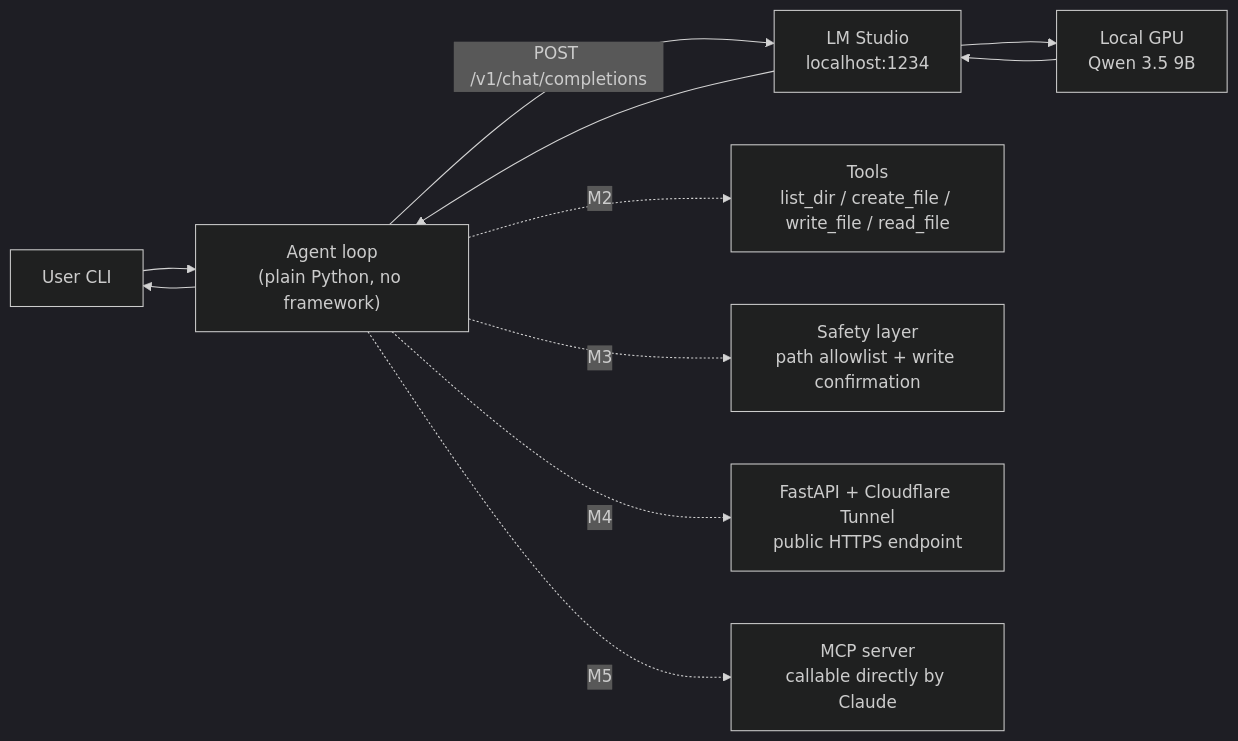
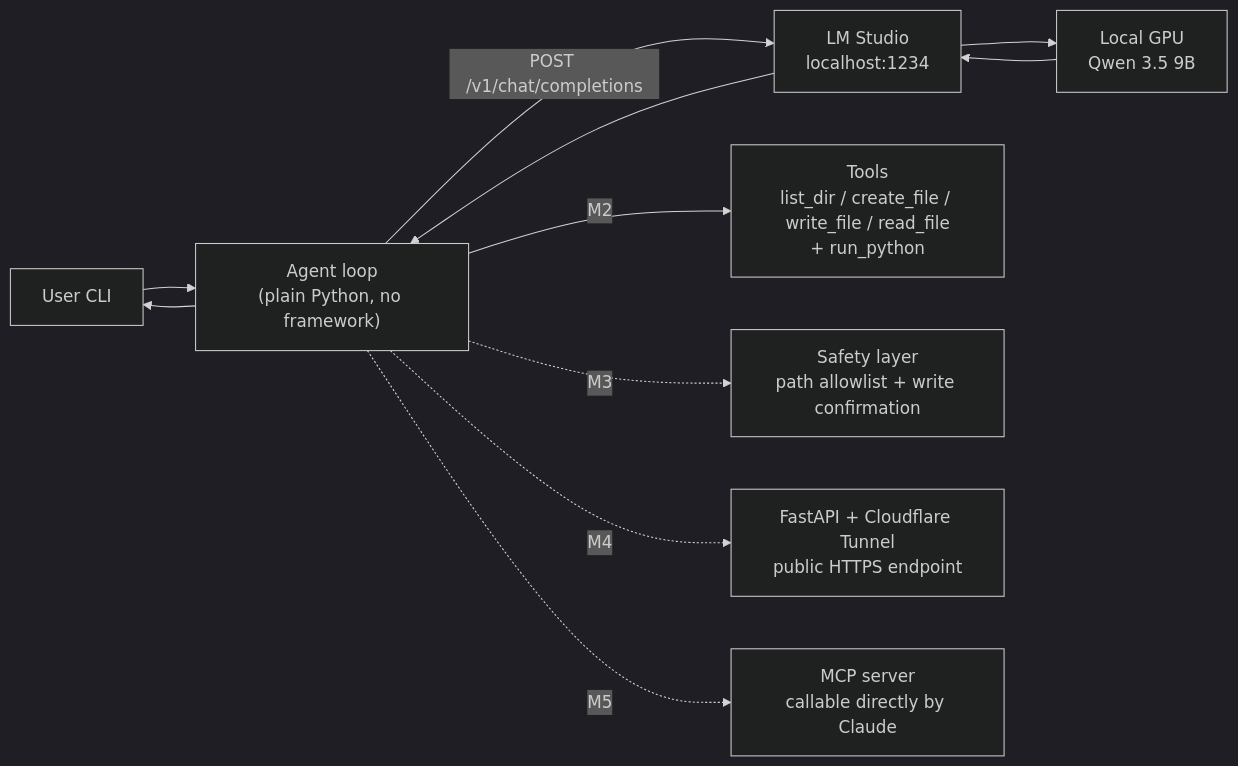
The diagram in README.md (hjwanga/local-llm-agent), drawn with Mermaid (dark theme) before and after one commit. The commit also changed other lines of this file and 1 other file, not shown here.

First line of the commit message:
M2: give the agent a run_python tool so it can execute what it writes

````diff
--- a/README.md
+++ b/README.md
@@ -19,14 +19,14 @@
 ```mermaid
 flowchart LR
     U["User CLI"] --> A["Agent loop<br/>(plain Python, no framework)"]
     A -->|"POST /v1/chat/completions"| L["LM Studio<br/>localhost:1234"]
     L --> G["Local GPU<br/>Qwen 3.5 9B"]
     G --> L
     L --> A
     A --> U
 
-    A -.->|M2| T["Tools<br/>list_dir / create_file / write_file / read_file"]
+    A -->|M2| T["Tools<br/>list_dir / create_file / write_file / read_file<br/>+ run_python"]
     A -.->|M3| S["Safety layer<br/>path allowlist + write confirmation"]
     A -.->|M4| F["FastAPI + Cloudflare Tunnel<br/>public HTTPS endpoint"]
     A -.->|M5| M["MCP server<br/>callable directly by Claude"]
 ```
````
